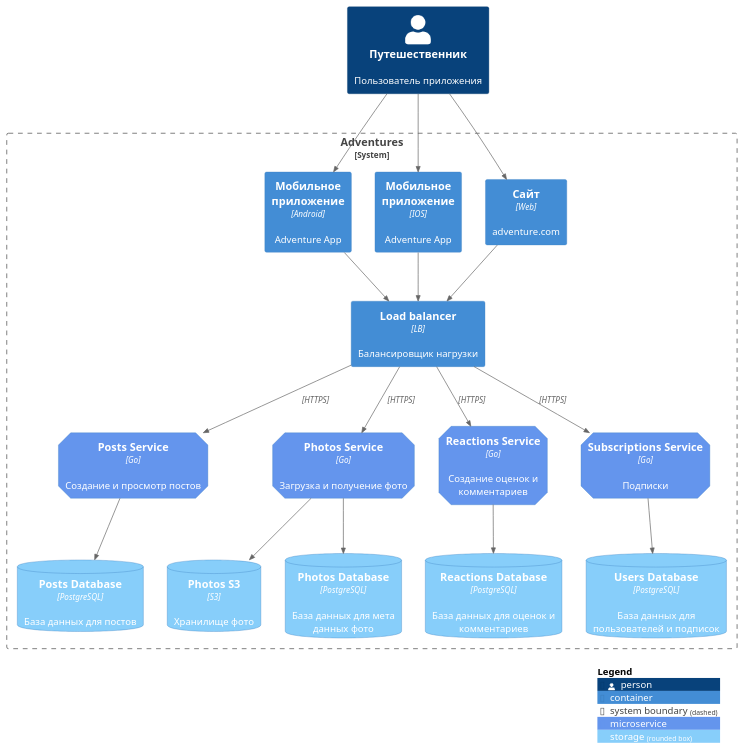
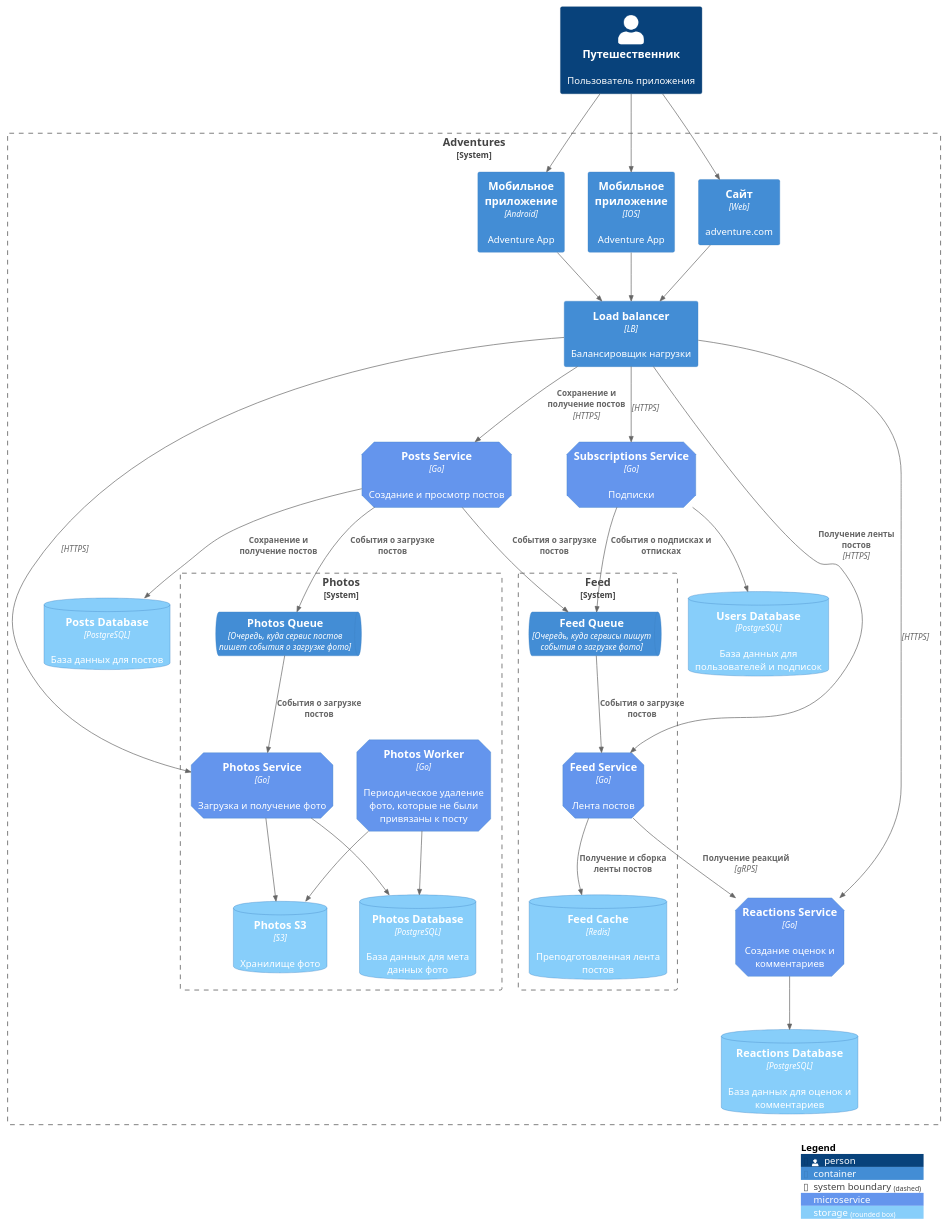
The diagram in architecture/containers.md (elizavetamikhailova/social_network_system_design), drawn with PlantUML before and after one commit.

```diff
--- a/architecture/containers.md
+++ b/architecture/containers.md
@@ -1,52 +1,75 @@
 @startuml
 !include https://raw.githubusercontent.com/plantuml-stdlib/C4-PlantUML/master/C4_Container.puml
 
 AddElementTag("microService", $shape=EightSidedShape(), $bgColor="CornflowerBlue", $fontColor="white", $legendText="microservice")
 AddElementTag("storage", $shape=RoundedBoxShape(), $bgColor="lightSkyBlue", $fontColor="white")
 
 Person(user, "Путешественник", "Пользователь приложения")
 
-System_Boundary(c, "Adventures") {
+System_Boundary(a, "Adventures") {
    Container(appAndroid, "Мобильное приложение", "Android", "Adventure App")
    Container(appIOS, "Мобильное приложение", "IOS", "Adventure App")
    Container(web, "Сайт", "Web", "adventure.com")
    Container(loadBalancer, "Load balancer", "LB", "Балансировщик нагрузки")
 
    Container(posts, "Posts Service", "Go", "Создание и просмотр постов", $tags = "microService")      
-   ContainerDb(posts_db, "Posts Database", "PostgreSQL", "База данных для постов", $tags = "storage")      
+   ContainerDb(posts_db, "Posts Database", "PostgreSQL", "База данных для постов", $tags = "storage")
 
-   Container(photos, "Photos Service", "Go", "Загрузка и получение фото", $tags = "microService")      
+System_Boundary(f, "Feed") {
+   Container(feed, "Feed Service", "Go", "Лента постов", $tags = "microService")      
+   ContainerDb(feed_cache, "Feed Cache", "Redis", "Преподготовленная лента постов", $tags = "storage")
+   ContainerQueue(feed_queue, "Feed Queue", "Очередь, куда сервисы пишут события о загрузке фото") 
+}          
+
+System_Boundary(p, "Photos") {
+   Container(photos, "Photos Service", "Go", "Загрузка и получение фото", $tags = "microService") 
+   Container(photos_worker, "Photos Worker", "Go", "Периодическое удаление фото, которые не были привязаны к посту", $tags = "microService")           
    ContainerDb(photos_db, "Photos Database", "PostgreSQL", "База данных для мета данных фото", $tags = "storage")
-   ContainerDb(photos_storage, "Photos S3", "S3", "Хранилище фото", $tags = "storage")      
+   ContainerDb(photos_storage, "Photos S3", "S3", "Хранилище фото", $tags = "storage")
+   ContainerQueue(photos_queue, "Photos Queue", "Очередь, куда сервис постов пишет события о загрузке фото") 
+}     
    
    Container(reactions, "Reactions Service", "Go", "Создание оценок и комментариев", $tags = "microService")      
    ContainerDb(reactions_db, "Reactions Database", "PostgreSQL", "База данных для оценок и комментариев", $tags = "storage") 
    
    Container(subscriptions, "Subscriptions Service", "Go", "Подписки", $tags = "microService")      
    ContainerDb(users_db, "Users Database", "PostgreSQL", "База данных для пользователей и подписок", $tags = "storage")
 }
 
 Rel(user, appAndroid, "", "")
 Rel(user, appIOS, "", "")
 Rel(user, web, "", "")
 
 Rel(appAndroid, loadBalancer, "", "")
 Rel(appIOS, loadBalancer, "", "")
 Rel(web, loadBalancer, "", "")
 
-Rel(loadBalancer, posts, "", "HTTPS")
-Rel(posts, posts_db, "", "")
+Rel(loadBalancer, posts, "Сохранение и получение постов", "HTTPS")
+Rel(posts, posts_db, "Сохранение и получение постов", "")
+
+Rel(loadBalancer, feed, "Получение ленты постов", "HTTPS")
+Rel(feed, feed_cache, "Получение и сборка ленты постов", "")
 
 Rel(loadBalancer, photos, "", "HTTPS")
 Rel(photos, photos_db, "", "")
 Rel(photos, photos_storage, "", "")
+Rel(photos_worker, photos_db, "", "")
+Rel(photos_worker, photos_storage, "", "")
+Rel(photos_queue, photos, "События о загрузке постов", "")
+Rel(posts, photos_queue, "События о загрузке постов", "")
+
+Rel(posts, feed_queue, "События о загрузке постов", "")
+Rel(feed_queue, feed, "События о загрузке постов", "")
+Rel(feed, reactions, "Получение реакций", "gRPS")
+Rel(subscriptions, feed_queue, "События о подписках и отписках", "")
+
 
 Rel(loadBalancer, reactions, "", "HTTPS")
 Rel(reactions, reactions_db, "", "")
 
 Rel(loadBalancer, subscriptions, "", "HTTPS")
 Rel(subscriptions, users_db, "", "")
 
 
 SHOW_LEGEND()
 @enduml
```
